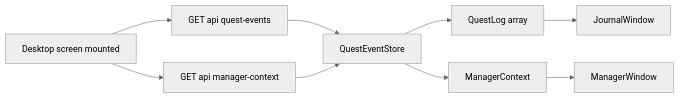
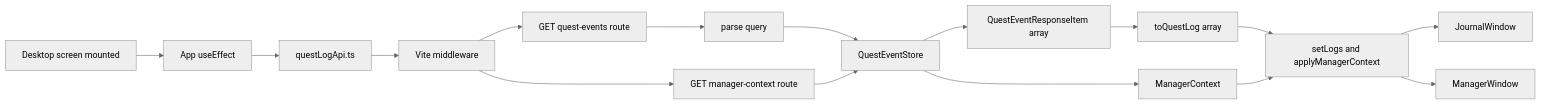
Before and after one commit to Mureung1/hub-showcase: the third of 5 diagrams in docs/architecture-data-flow.md, drawn with Mermaid (neutral theme). The commit also changed other lines of this file and 36 other files, not shown here.

````diff
--- a/docs/architecture-data-flow.md
+++ b/docs/architecture-data-flow.md
@@ -109,20 +131,33 @@
 ```mermaid
 flowchart LR
   Desktop["Desktop screen mounted"]
-  FetchEvents["GET api quest-events"]
-  FetchContext["GET api manager-context"]
+  AppEffect["App useEffect"]
+  Adapter["questLogApi.ts"]
+  Vite["Vite middleware"]
+  EventsRoute["GET quest-events route"]
+  ContextRoute["GET manager-context route"]
+  QueryContract["parse query"]
   Store["QuestEventStore"]
-  Logs["QuestLog array"]
+  EventItems["QuestEventResponseItem array"]
+  Logs["toQuestLog array"]
   Context["ManagerContext"]
+  AppState["setLogs and applyManagerContext"]
   Journal["JournalWindow"]
   Manager["ManagerWindow"]
 
-  Desktop --> FetchEvents
-  Desktop --> FetchContext
-  FetchEvents --> Store
-  FetchContext --> Store
-  Store --> Logs
+  Desktop --> AppEffect
+  AppEffect --> Adapter
+  Adapter --> Vite
+  Vite --> EventsRoute
+  Vite --> ContextRoute
+  EventsRoute --> QueryContract
+  QueryContract --> Store
+  ContextRoute --> Store
+  Store --> EventItems
   Store --> Context
-  Logs --> Journal
-  Context --> Manager
+  EventItems --> Logs
+  Logs --> AppState
+  Context --> AppState
+  AppState --> Journal
+  AppState --> Manager
 ```
````
